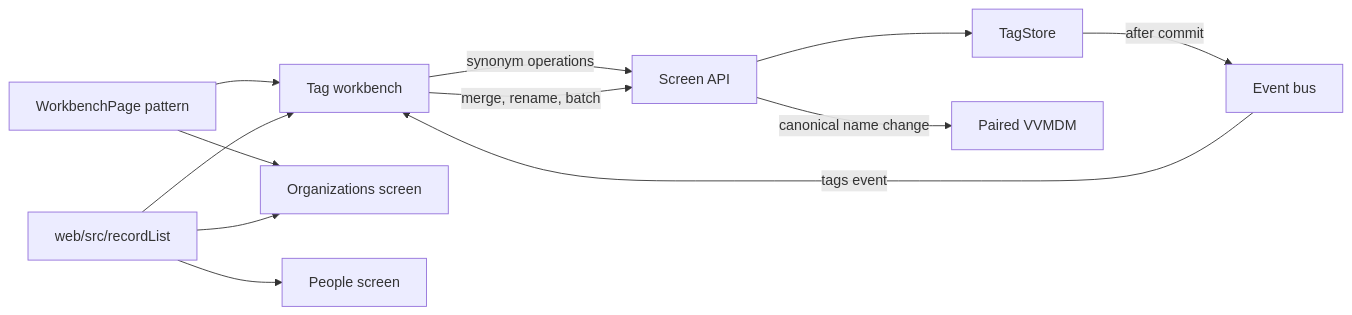
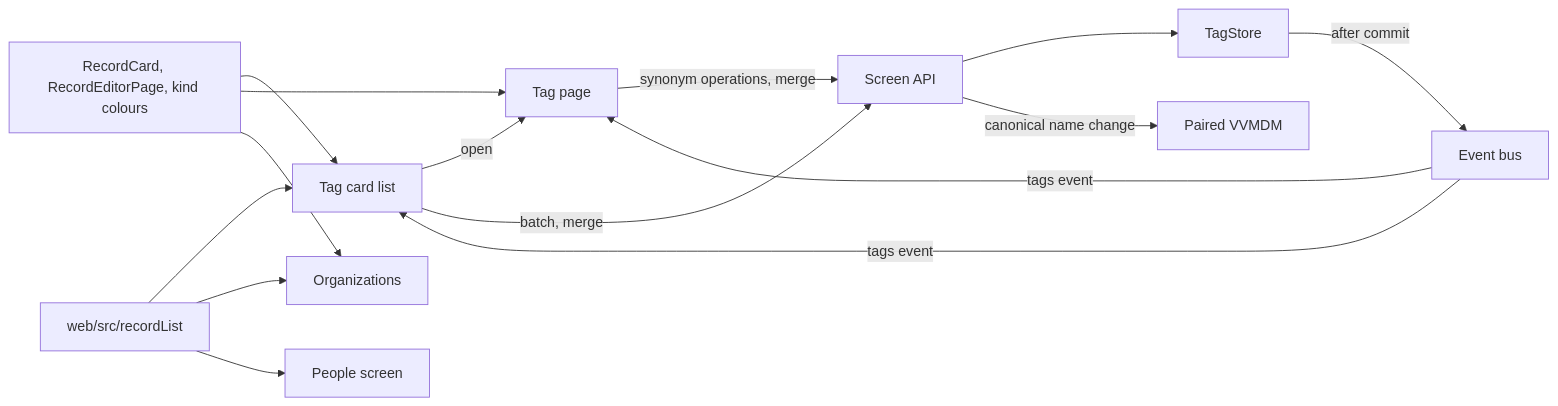
The first of 4 diagrams in specs/070-tag-workbench/plan.md (syudead/vv), drawn with Mermaid before and after one commit. The commit also changed other lines of this file and 1 other file, not shown here.

First line of the commit message:
Revise the tag plan to cards and a tag page

````diff
--- a/specs/070-tag-workbench/plan.md
+++ b/specs/070-tag-workbench/plan.md
@@ -20,14 +22,17 @@
 ```mermaid
 flowchart LR
-  wb[Tag workbench] -->|synonym operations| api[Screen API]
-  wb -->|merge, rename, batch| api
+  list[Tag card list] -->|open| page[Tag page]
+  list -->|batch, merge| api[Screen API]
+  page -->|synonym operations, merge| api
   api --> store[TagStore]
   api -->|canonical name change| peer[Paired VVMDM]
   store -->|after commit| bus[Event bus]
-  bus -->|tags event| wb
-  pattern[WorkbenchPage pattern] --> wb
-  pattern --> orgs[Organizations screen]
-  shared[web/src/recordList] --> wb
+  bus -->|tags event| list
+  bus -->|tags event| page
+  ds[RecordCard, RecordEditorPage, kind colours] --> list
+  ds --> page
+  ds --> orgs[Organizations]
+  shared[web/src/recordList] --> list
   shared --> orgs
   shared --> people[People screen]
 ```
````
